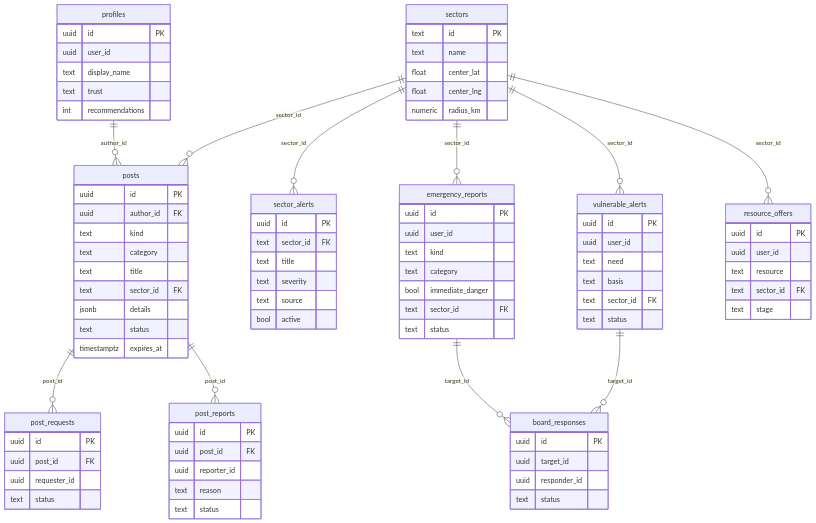
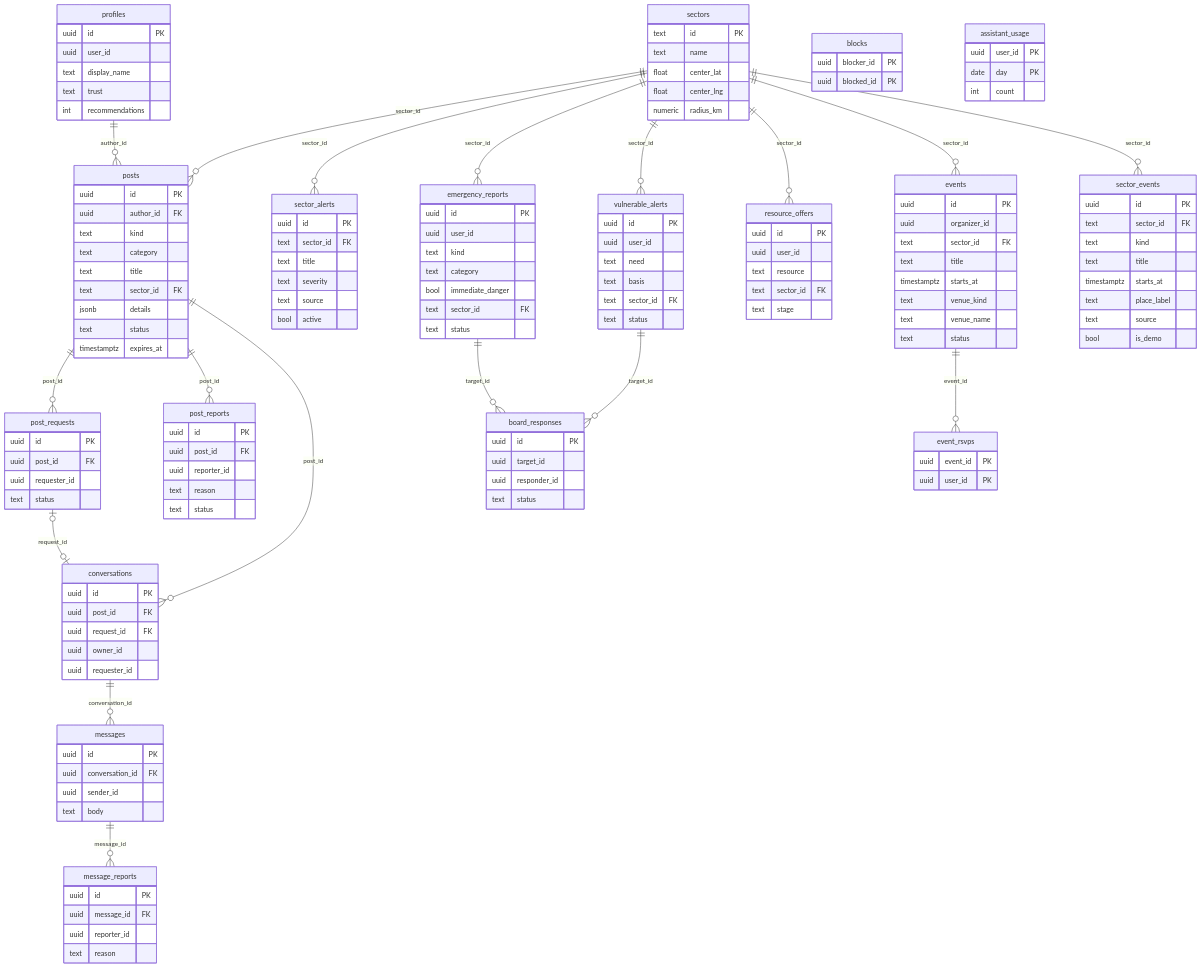
Before and after one commit to Shine299/Hackaton-Comercio-Team: the third of 4 diagrams in README.md, drawn with Mermaid. The commit also changed other lines of this file and 147 other files, not shown here.

````diff
--- a/README.md
+++ b/README.md
@@ -163,24 +200,39 @@
 ```mermaid
 erDiagram
   sectors ||--o{ posts : sector_id
   sectors ||--o{ sector_alerts : sector_id
   sectors ||--o{ emergency_reports : sector_id
   sectors ||--o{ vulnerable_alerts : sector_id
   sectors ||--o{ resource_offers : sector_id
   profiles ||--o{ posts : author_id
   posts ||--o{ post_requests : post_id
   posts ||--o{ post_reports : post_id
   emergency_reports ||--o{ board_responses : target_id
   vulnerable_alerts ||--o{ board_responses : target_id
+  posts ||--o{ conversations : post_id
+  post_requests |o--o| conversations : request_id
+  conversations ||--o{ messages : conversation_id
+  messages ||--o{ message_reports : message_id
+  sectors ||--o{ events : sector_id
+  events ||--o{ event_rsvps : event_id
+  sectors ||--o{ sector_events : sector_id
 
   sectors { text id PK  text name  float center_lat  float center_lng  numeric radius_km }
   profiles { uuid id PK  uuid user_id  text display_name  text trust  int recommendations }
   posts { uuid id PK  uuid author_id FK  text kind  text category  text title  text sector_id FK  jsonb details  text status  timestamptz expires_at }
   post_requests { uuid id PK  uuid post_id FK  uuid requester_id  text status }
   post_reports { uuid id PK  uuid post_id FK  uuid reporter_id  text reason  text status }
   emergency_reports { uuid id PK  uuid user_id  text kind  text category  bool immediate_danger  text sector_id FK  text status }
   vulnerable_alerts { uuid id PK  uuid user_id  text need  text basis  text sector_id FK  text status }
   resource_offers { uuid id PK  uuid user_id  text resource  text sector_id FK  text stage }
   sector_alerts { uuid id PK  text sector_id FK  text title  text severity  text source  bool active }
   board_responses { uuid id PK  uuid target_id  uuid responder_id  text status }
+  conversations { uuid id PK  uuid post_id FK  uuid request_id FK  uuid owner_id  uuid requester_id }
+  messages { uuid id PK  uuid conversation_id FK  uuid sender_id  text body }
+  blocks { uuid blocker_id PK  uuid blocked_id PK }
+  message_reports { uuid id PK  uuid message_id FK  uuid reporter_id  text reason }
+  events { uuid id PK  uuid organizer_id  text sector_id FK  text title  timestamptz starts_at  text venue_kind  text venue_name  text status }
+  event_rsvps { uuid event_id PK  uuid user_id PK }
+  sector_events { uuid id PK  text sector_id FK  text kind  text title  timestamptz starts_at  text place_label  text source  bool is_demo }
+  assistant_usage { uuid user_id PK  date day PK  int count }
 ```
````
